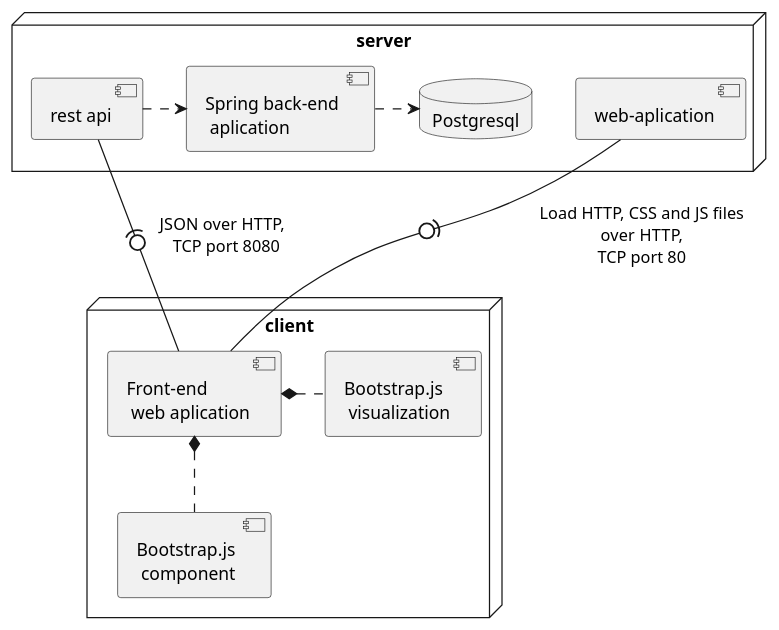
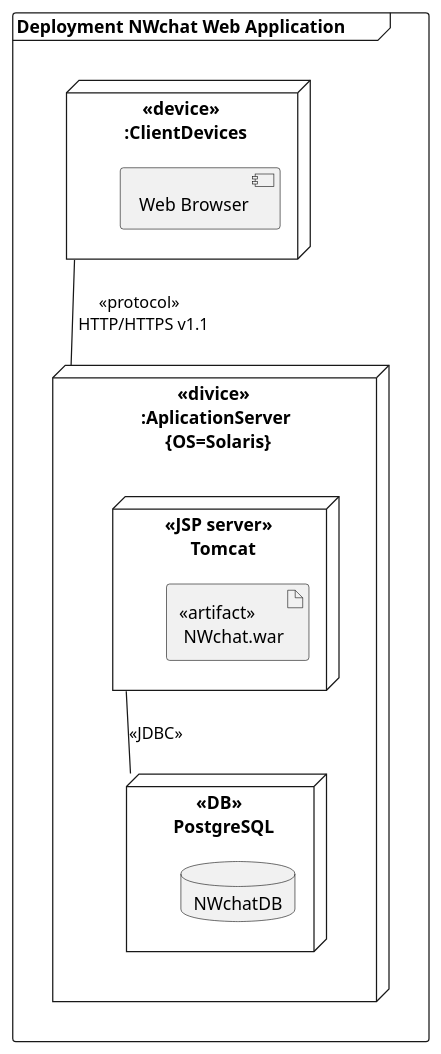
Before and after one commit to Pahoomich/nwchat: the diagram in UML/Deployment Diagram/Deployment_Diagram.puml, drawn with PlantUML.

Commit message:
changed deployment diagram

```diff
--- a/UML/Deployment Diagram/Deployment_Diagram.puml
+++ b/UML/Deployment Diagram/Deployment_Diagram.puml
@@ -1,21 +1,21 @@
 @startuml
-node "server" {
-	component "Spring back-end \n aplication" as back_end
-	component "rest api" as rest_api
-    database "Postgresql" as db
-    component "web-aplication" as web_aplication
+frame "Deployment NWchat Web Application        " {
+    node "<<divice>> \n :AplicationServer \n {OS=Solaris}" as back_end {
+        node "<<JSP server>> \n Tomcat" as jsp{
+            artifact "<<artifact>> \n NWchat.war" as war
+        }
+        node "<<DB>> \n PostgreSQL" as bd{
+            database "NWchatDB"
+        }
+     }
+    jsp -- bd: <<JDBC>>
+
+
+    node "<<device>> \n :ClientDevices" as client {
+        component "Web Browser"
+    }
+
+    client -- back_end: <<protocol>> \n HTTP/HTTPS v1.1
+
 }
-rest_api .> back_end
-back_end .> db
-
-node "client" {
-    component "Front-end \n web aplication" as front_end
-    component "Bootstrap.js \n visualization" as visual
-    component "Bootstrap.js \n component" as components
-}
-front_end *. visual
-front_end *.. components
-
-rest_api -(0- front_end : "JSON over HTTP, \n TCP port 8080"
-web_aplication -(0- front_end : "Load HTTP, CSS and JS files\n over HTTP, \n TCP port 80 "
 @enduml
```
